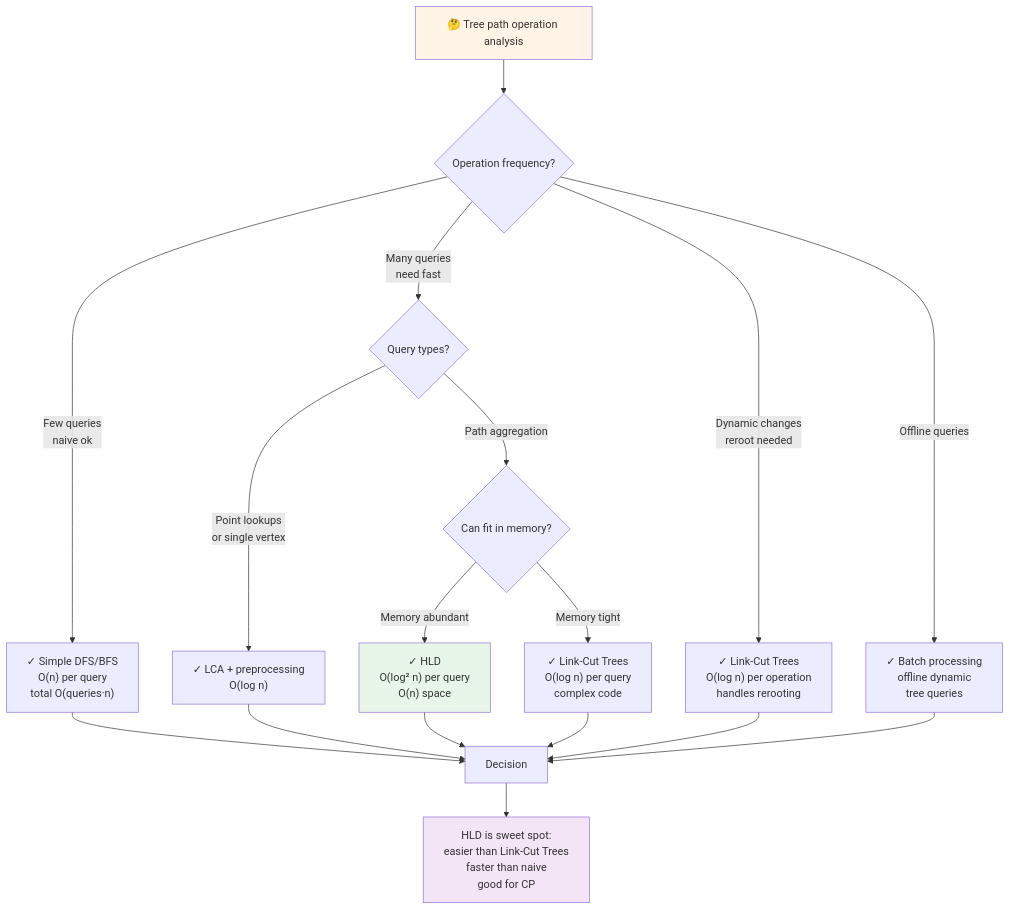
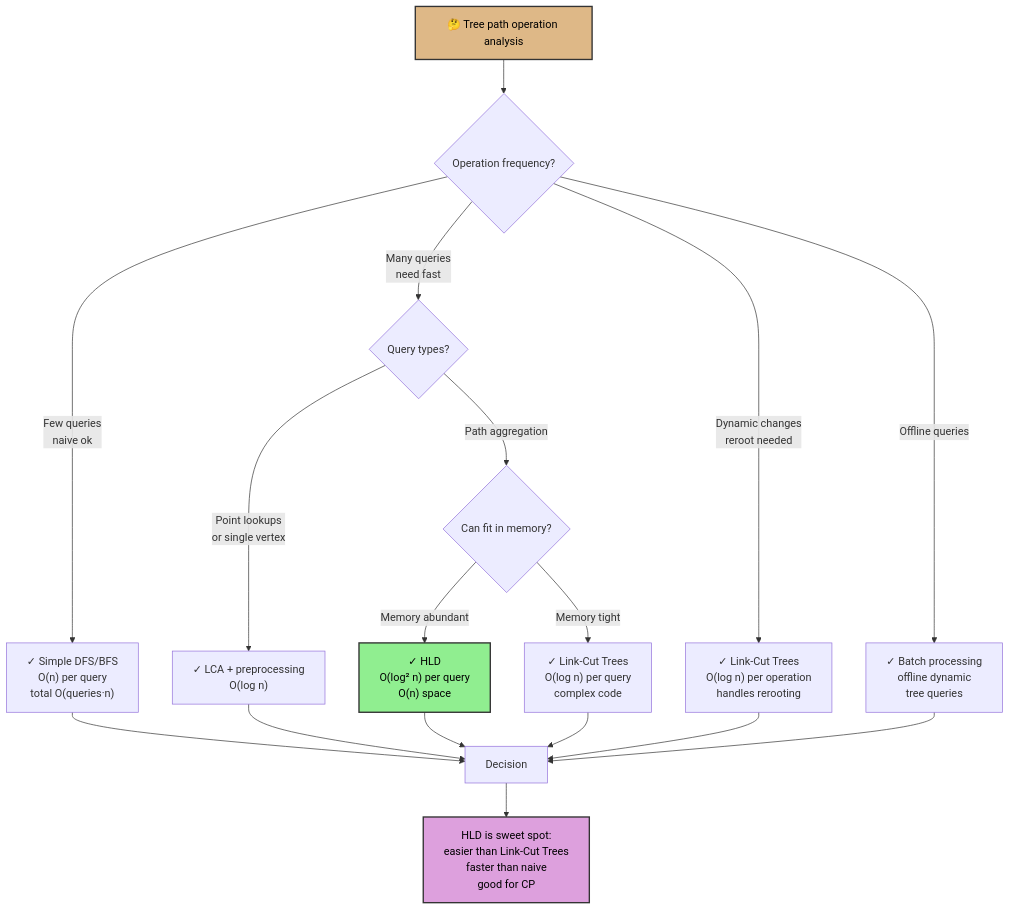
Before and after one commit to souradeepta/interviewprep: the fourth of 4 diagrams in docs/advanced_ds/heavy_light_decomposition.md, drawn with Mermaid. The commit also changed other lines of this file and 31 other files, not shown here.

Commit message:
updated graphs

````diff
--- a/docs/advanced_ds/heavy_light_decomposition.md
+++ b/docs/advanced_ds/heavy_light_decomposition.md
@@ -176,23 +176,23 @@
 ```mermaid
 flowchart TD
     A["🤔 Tree path operation analysis"] --> B{Operation frequency?}
     B -->|Few queries<br/>naive ok| C["✓ Simple DFS/BFS<br/>O(n) per query<br/>total O(queries·n)"]
     B -->|Many queries<br/>need fast| D{Query types?}
     D -->|Point lookups<br/>or single vertex| E["✓ LCA + preprocessing<br/>O(log n)"]
     D -->|Path aggregation| F{Can fit in memory?}
     F -->|Memory abundant| G["✓ HLD<br/>O(log² n) per query<br/>O(n) space"]
     F -->|Memory tight| H["✓ Link-Cut Trees<br/>O(log n) per query<br/>complex code"]
     B -->|Dynamic changes<br/>reroot needed| I["✓ Link-Cut Trees<br/>O(log n) per operation<br/>handles rerooting"]
     B -->|Offline queries| J["✓ Batch processing<br/>offline dynamic<br/>tree queries"]
     C --> K["Decision"]
     E --> K
     G --> K
     H --> K
     I --> K
     J --> K
     K --> L["HLD is sweet spot:<br/>easier than Link-Cut Trees<br/>faster than naive<br/>good for CP"]
     
-    style A fill:#fff4e6
-    style G fill:#e8f5e9
-    style L fill:#f3e5f5
+    style A fill:#deb887,color:#000,stroke:#333,stroke-width:2px
+    style G fill:#90ee90,color:#000,stroke:#333,stroke-width:2px
+    style L fill:#dda0dd,color:#000,stroke:#333,stroke-width:2px
 ```
````
